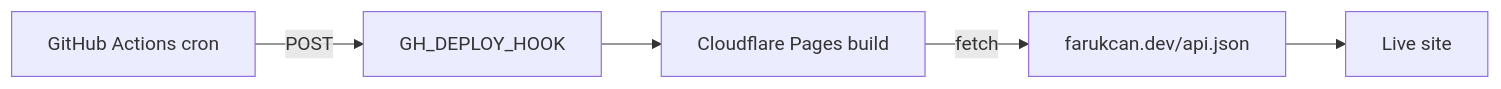
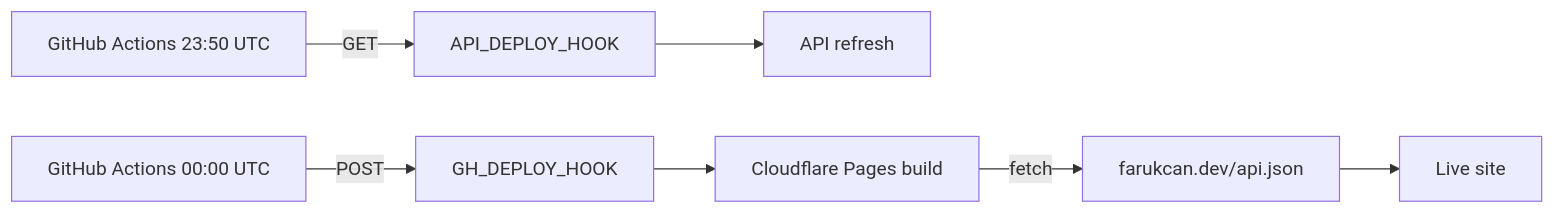
The third of 3 diagrams in README.md (farukcan/farukcan_web), drawn with Mermaid before and after one commit. The commit also changed other lines of this file and 1 other file, not shown here.

First line of the commit message:
feat: add daily API deploy workflow and update README

````diff
--- a/README.md
+++ b/README.md
@@ -128,7 +133,9 @@
 ```mermaid
 flowchart LR
-    A[GitHub Actions cron] -->|POST| B[GH_DEPLOY_HOOK]
-    B --> C[Cloudflare Pages build]
-    C -->|fetch| D[farukcan.dev/api.json]
-    D --> E[Live site]
+    A[GitHub Actions 23:50 UTC] -->|GET| B[API_DEPLOY_HOOK]
+    B --> C[API refresh]
+    D[GitHub Actions 00:00 UTC] -->|POST| E[GH_DEPLOY_HOOK]
+    E --> F[Cloudflare Pages build]
+    F -->|fetch| G[farukcan.dev/api.json]
+    G --> H[Live site]
 ```
````
